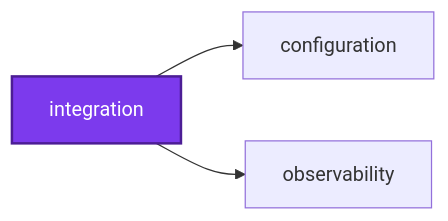
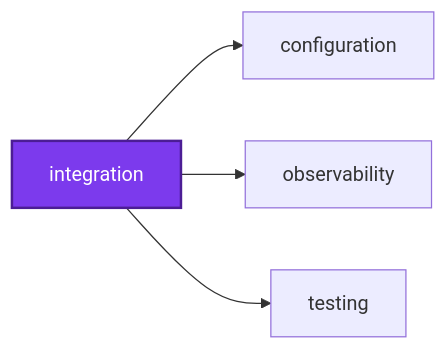
Before and after one commit to organizzolini/codebase: the first of 3 diagrams in integration/codependix.md, drawn with Mermaid. The commit also changed other lines of this file and 159 other files, not shown here.

````diff
--- a/integration/codependix.md
+++ b/integration/codependix.md
@@ -8,10 +8,12 @@
 ```mermaid
 graph LR
   configuration["configuration"]
   integration["integration"]
   observability["observability"]
+  testing["testing"]
   integration --> configuration
   integration --> observability
+  integration --> testing
   classDef subject fill:#7c3aed,color:#fff,stroke:#4c1d95,stroke-width:2px
   class integration subject
 ```
````
